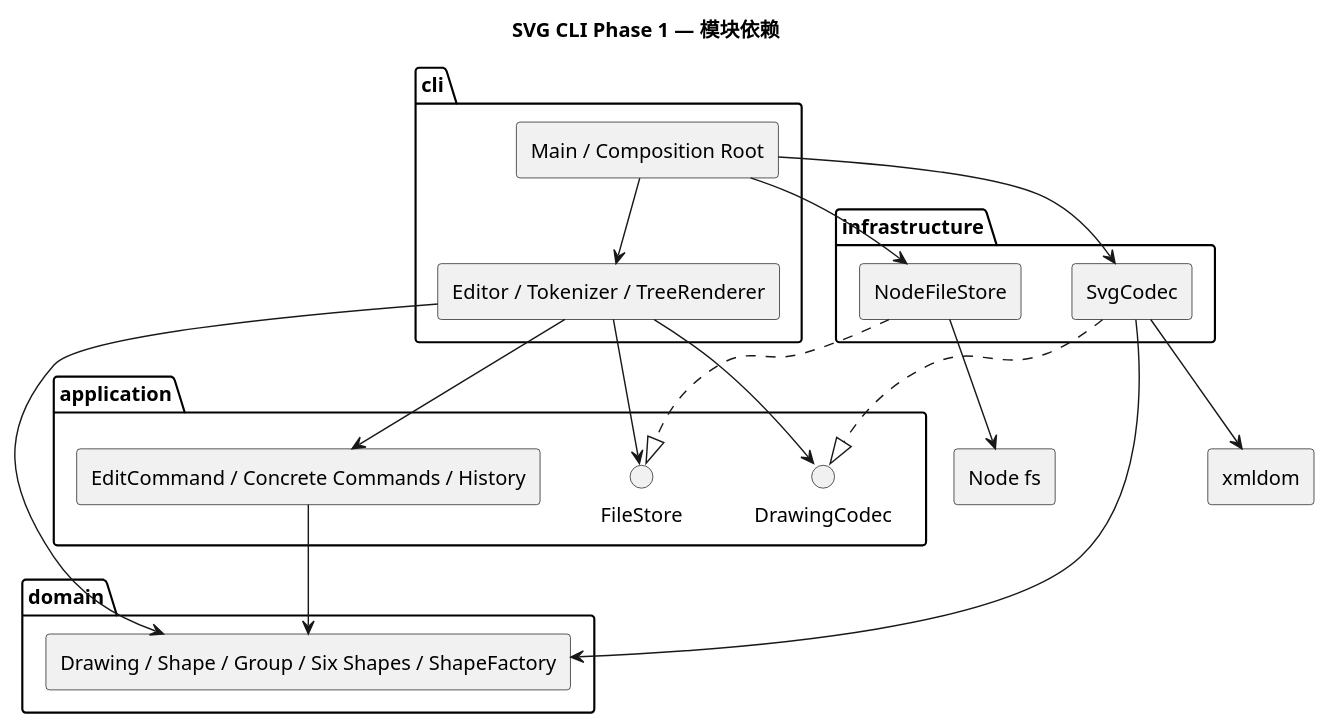
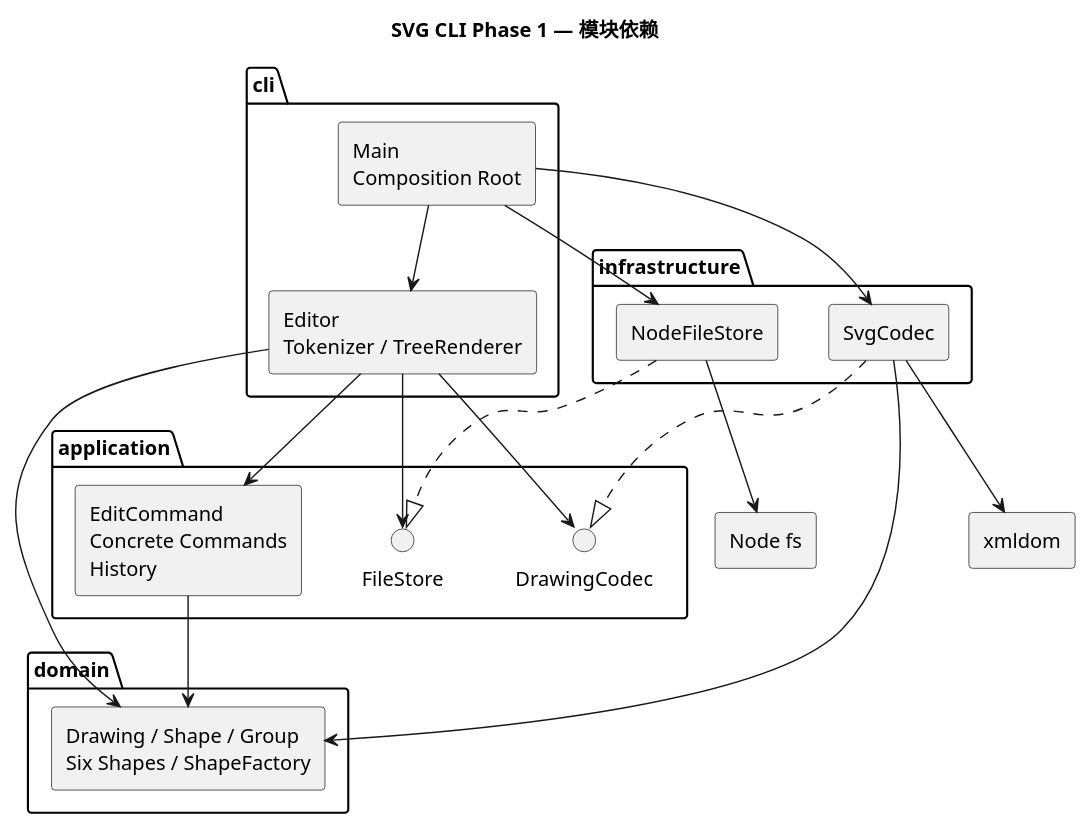
One commit to ButterYu/svg-editor-cli-lab1 changed the diagram in doc/architecture.puml. Above: the diagram before and after it, drawn with PlantUML. The commit also changed other lines of this file and 2 other files, not shown here.

Commit message:
docs: finalize validation record and improve diagram readability

```diff
--- a/doc/architecture.puml
+++ b/doc/architecture.puml
@@ -1,33 +1,33 @@
 @startuml
 title SVG CLI Phase 1 — 模块依赖
 skinparam componentStyle rectangle
 package "cli" {
-  [Main / Composition Root] as Main
-  [Editor / Tokenizer / TreeRenderer] as CLI
+  [Main\nComposition Root] as Main
+  [Editor\nTokenizer / TreeRenderer] as CLI
 }
 package "application" {
-  [EditCommand / Concrete Commands / History] as App
+  [EditCommand\nConcrete Commands\nHistory] as App
   interface FileStore
   interface DrawingCodec
 }
 package "domain" {
-  [Drawing / Shape / Group / Six Shapes / ShapeFactory] as Domain
+  [Drawing / Shape / Group\nSix Shapes / ShapeFactory] as Domain
 }
 package "infrastructure" {
   [NodeFileStore] as FS
   [SvgCodec] as XML
 }
 Main --> CLI
 Main --> FS
 Main --> XML
 CLI --> App
 CLI --> Domain
 CLI --> FileStore
 CLI --> DrawingCodec
 App --> Domain
 FS ..|> FileStore
 XML ..|> DrawingCodec
 XML --> Domain
 XML --> [xmldom]
 FS --> [Node fs]
 @enduml
```
